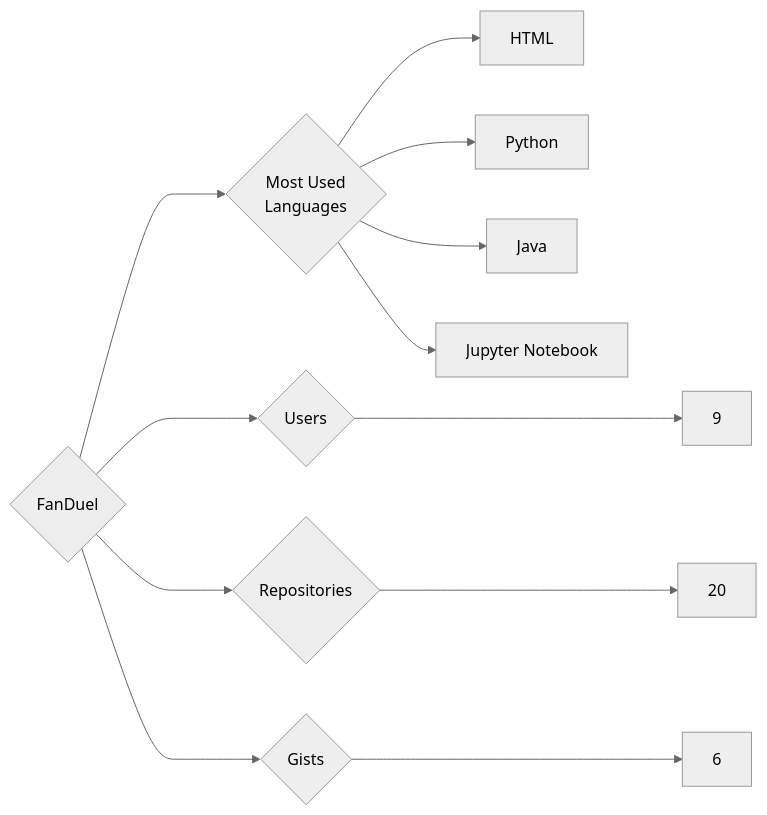
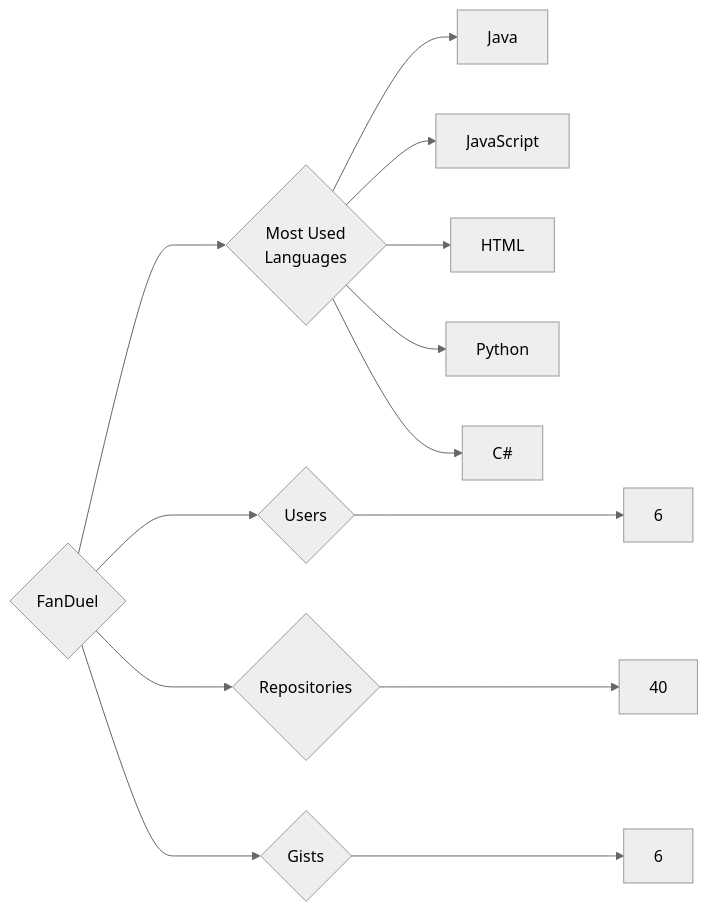
The diagram in targets/FanDuel/README.md (trickest/insiders), drawn with Mermaid (neutral theme) before and after one commit. The commit also changed 1078 other files, not shown here.

````diff
--- a/targets/FanDuel/README.md
+++ b/targets/FanDuel/README.md
@@ -3,12 +3,13 @@
 ```mermaid
 graph LR
 COMPANY_NAME{FanDuel}
-COMPANY_NAME ---> U{Users} ---> UN[9]
-COMPANY_NAME ---> R{Repositories} ---> RN[20]
+COMPANY_NAME ---> U{Users} ---> UN[6]
+COMPANY_NAME ---> R{Repositories} ---> RN[40]
 COMPANY_NAME ---> G{Gists} ---> GN[6]
 COMPANY_NAME ---> ML{Most Used<br>Languages}
+ML --> Java[Java]
+ML --> JavaScript[JavaScript]
 ML --> HTML[HTML]
 ML --> Python[Python]
-ML --> Java[Java]
-ML --> Jupyter_Notebook[Jupyter Notebook]
+ML --> C#[C#]
 ```
````
